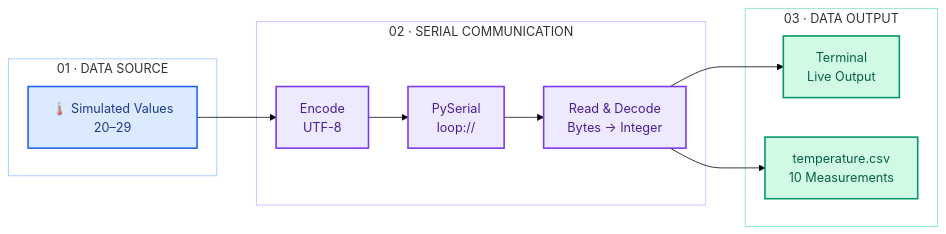
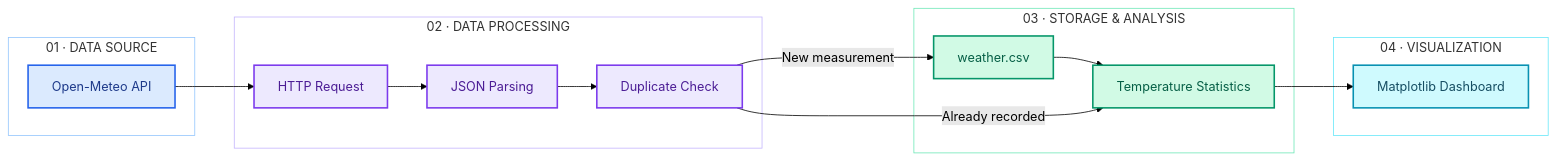
Before and after one commit to noticso/SensorLogger: the diagram in README.md, drawn with Mermaid (forest theme). The commit also changed other lines of this file and 1 other file, not shown here.

Commit message:
docs: update README for SensorLogger v2 with dashboard and project evolution

````diff
--- a/README.md
+++ b/README.md
@@ -48,34 +63,43 @@
 ```mermaid
 flowchart LR
     subgraph S1["01 · DATA SOURCE"]
-        A["🌡️ Simulated Values<br/>20–29"]
+        A["Open-Meteo API"]
     end
 
-    subgraph S2["02 · SERIAL COMMUNICATION"]
-        B["Encode<br/>UTF-8"]
-        C["PySerial<br/>loop://"]
-        D["Read & Decode<br/>Bytes → Integer"]
+    subgraph S2["02 · DATA PROCESSING"]
+        B["HTTP Request"]
+        C["JSON Parsing"]
+        D["Duplicate Check"]
         B --> C --> D
     end
 
-    subgraph S3["03 · DATA OUTPUT"]
-        E["Terminal<br/>Live Output"]
-        F["temperature.csv<br/>10 Measurements"]
+    subgraph S3["03 · STORAGE & ANALYSIS"]
+        E["weather.csv"]
+        F["Temperature Statistics"]
+        E --> F
+    end
+
+    subgraph S4["04 · VISUALIZATION"]
+        G["Matplotlib Dashboard"]
     end
 
     A --> B
-    D --> E
-    D --> F
+    D -->|New measurement| E
+    D -->|Already recorded| F
+    F --> G
 
     classDef source fill:#DBEAFE,stroke:#2563EB,color:#1E3A8A,stroke-width:2px
     classDef process fill:#EDE9FE,stroke:#7C3AED,color:#4C1D95,stroke-width:2px
-    classDef output fill:#D1FAE5,stroke:#059669,color:#065F46,stroke-width:2px
+    classDef storage fill:#D1FAE5,stroke:#059669,color:#065F46,stroke-width:2px
+    classDef visual fill:#CFFAFE,stroke:#0891B2,color:#164E63,stroke-width:2px
 
     class A source
     class B,C,D process
-    class E,F output
+    class E,F storage
+    class G visual
 
     style S1 fill:transparent,stroke:#93C5FD,stroke-width:1px
     style S2 fill:transparent,stroke:#C4B5FD,stroke-width:1px
     style S3 fill:transparent,stroke:#6EE7B7,stroke-width:1px
+    style S4 fill:transparent,stroke:#67E8F9,stroke-width:1px
 ```
````
